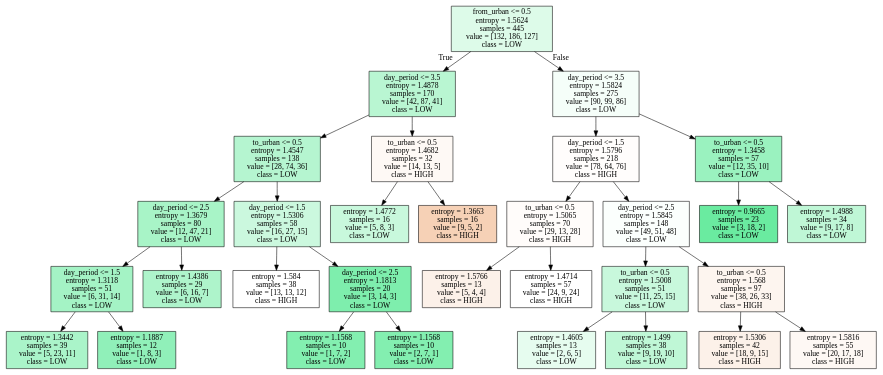
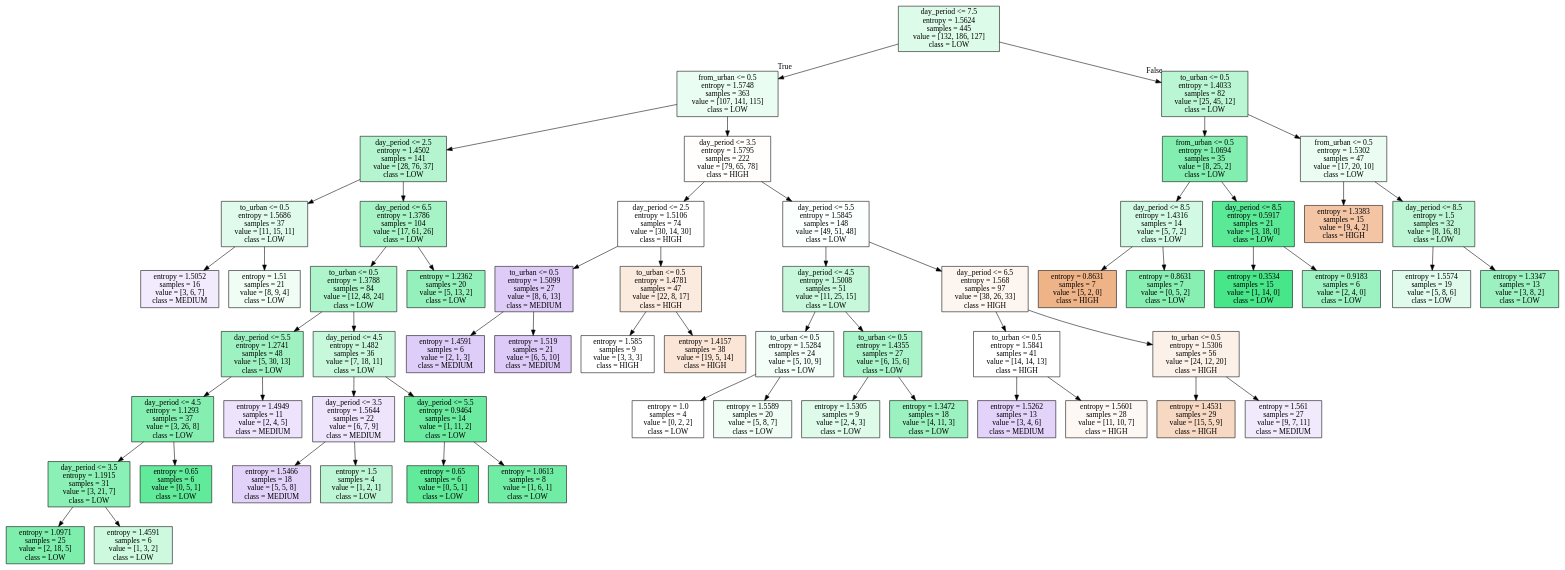
The diagram in THURSDAY_iris.dot (alexdaube/BelgianTrainsOccupancy), drawn with Graphviz before and after one commit. The commit also changed 17 other files, not shown here.

```diff
--- a/THURSDAY_iris.dot
+++ b/THURSDAY_iris.dot
@@ -1,64 +1,120 @@
 digraph Tree {
 node [shape=box, style="filled", color="black"] ;
-0 [label="from_urban <= 0.5\nentropy = 1.5624\nsamples = 445\nvalue = [132, 186, 127]\nclass = LOW", fillcolor="#39e5812c"] ;
-1 [label="day_period <= 3.5\nentropy = 1.4878\nsamples = 170\nvalue = [42, 87, 41]\nclass = LOW", fillcolor="#39e5815a"] ;
+0 [label="day_period <= 7.5\nentropy = 1.5624\nsamples = 445\nvalue = [132, 186, 127]\nclass = LOW", fillcolor="#39e5812c"] ;
+1 [label="from_urban <= 0.5\nentropy = 1.5748\nsamples = 363\nvalue = [107, 141, 115]\nclass = LOW", fillcolor="#39e5811b"] ;
 0 -> 1 [labeldistance=2.5, labelangle=45, headlabel="True"] ;
-2 [label="to_urban <= 0.5\nentropy = 1.4547\nsamples = 138\nvalue = [28, 74, 36]\nclass = LOW", fillcolor="#39e5815f"] ;
+2 [label="day_period <= 2.5\nentropy = 1.4502\nsamples = 141\nvalue = [28, 76, 37]\nclass = LOW", fillcolor="#39e58160"] ;
 1 -> 2 ;
-3 [label="day_period <= 2.5\nentropy = 1.3679\nsamples = 80\nvalue = [12, 47, 21]\nclass = LOW", fillcolor="#39e58170"] ;
+3 [label="to_urban <= 0.5\nentropy = 1.5686\nsamples = 37\nvalue = [11, 15, 11]\nclass = LOW", fillcolor="#39e58127"] ;
 2 -> 3 ;
-4 [label="day_period <= 1.5\nentropy = 1.3118\nsamples = 51\nvalue = [6, 31, 14]\nclass = LOW", fillcolor="#39e58175"] ;
+4 [label="entropy = 1.5052\nsamples = 16\nvalue = [3, 6, 7]\nclass = MEDIUM", fillcolor="#8139e51a"] ;
 3 -> 4 ;
-5 [label="entropy = 1.3442\nsamples = 39\nvalue = [5, 23, 11]\nclass = LOW", fillcolor="#39e5816d"] ;
-4 -> 5 ;
-6 [label="entropy = 1.1887\nsamples = 12\nvalue = [1, 8, 3]\nclass = LOW", fillcolor="#39e5818e"] ;
-4 -> 6 ;
-7 [label="entropy = 1.4386\nsamples = 29\nvalue = [6, 16, 7]\nclass = LOW", fillcolor="#39e58168"] ;
-3 -> 7 ;
-8 [label="day_period <= 1.5\nentropy = 1.5306\nsamples = 58\nvalue = [16, 27, 15]\nclass = LOW", fillcolor="#39e58143"] ;
-2 -> 8 ;
-9 [label="entropy = 1.584\nsamples = 38\nvalue = [13, 13, 12]\nclass = HIGH", fillcolor="#e5813900"] ;
+5 [label="entropy = 1.51\nsamples = 21\nvalue = [8, 9, 4]\nclass = LOW", fillcolor="#39e58114"] ;
+3 -> 5 ;
+6 [label="day_period <= 6.5\nentropy = 1.3786\nsamples = 104\nvalue = [17, 61, 26]\nclass = LOW", fillcolor="#39e58172"] ;
+2 -> 6 ;
+7 [label="to_urban <= 0.5\nentropy = 1.3788\nsamples = 84\nvalue = [12, 48, 24]\nclass = LOW", fillcolor="#39e58166"] ;
+6 -> 7 ;
+8 [label="day_period <= 5.5\nentropy = 1.2741\nsamples = 48\nvalue = [5, 30, 13]\nclass = LOW", fillcolor="#39e5817c"] ;
+7 -> 8 ;
+9 [label="day_period <= 4.5\nentropy = 1.1293\nsamples = 37\nvalue = [3, 26, 8]\nclass = LOW", fillcolor="#39e5819e"] ;
 8 -> 9 ;
-10 [label="day_period <= 2.5\nentropy = 1.1813\nsamples = 20\nvalue = [3, 14, 3]\nclass = LOW", fillcolor="#39e581a5"] ;
-8 -> 10 ;
-11 [label="entropy = 1.1568\nsamples = 10\nvalue = [1, 7, 2]\nclass = LOW", fillcolor="#39e5819f"] ;
+10 [label="day_period <= 3.5\nentropy = 1.1915\nsamples = 31\nvalue = [3, 21, 7]\nclass = LOW", fillcolor="#39e58195"] ;
+9 -> 10 ;
+11 [label="entropy = 1.0971\nsamples = 25\nvalue = [2, 18, 5]\nclass = LOW", fillcolor="#39e581a6"] ;
 10 -> 11 ;
-12 [label="entropy = 1.1568\nsamples = 10\nvalue = [2, 7, 1]\nclass = LOW", fillcolor="#39e5819f"] ;
+12 [label="entropy = 1.4591\nsamples = 6\nvalue = [1, 3, 2]\nclass = LOW", fillcolor="#39e58140"] ;
 10 -> 12 ;
-13 [label="to_urban <= 0.5\nentropy = 1.4682\nsamples = 32\nvalue = [14, 13, 5]\nclass = HIGH", fillcolor="#e581390d"] ;
-1 -> 13 ;
-14 [label="entropy = 1.4772\nsamples = 16\nvalue = [5, 8, 3]\nclass = LOW", fillcolor="#39e58146"] ;
-13 -> 14 ;
-15 [label="entropy = 1.3663\nsamples = 16\nvalue = [9, 5, 2]\nclass = HIGH", fillcolor="#e581395d"] ;
-13 -> 15 ;
-16 [label="day_period <= 3.5\nentropy = 1.5824\nsamples = 275\nvalue = [90, 99, 86]\nclass = LOW", fillcolor="#39e5810c"] ;
-0 -> 16 [labeldistance=2.5, labelangle=-45, headlabel="False"] ;
-17 [label="day_period <= 1.5\nentropy = 1.5796\nsamples = 218\nvalue = [78, 64, 76]\nclass = HIGH", fillcolor="#e5813904"] ;
+13 [label="entropy = 0.65\nsamples = 6\nvalue = [0, 5, 1]\nclass = LOW", fillcolor="#39e581cc"] ;
+9 -> 13 ;
+14 [label="entropy = 1.4949\nsamples = 11\nvalue = [2, 4, 5]\nclass = MEDIUM", fillcolor="#8139e524"] ;
+8 -> 14 ;
+15 [label="day_period <= 4.5\nentropy = 1.482\nsamples = 36\nvalue = [7, 18, 11]\nclass = LOW", fillcolor="#39e58147"] ;
+7 -> 15 ;
+16 [label="day_period <= 3.5\nentropy = 1.5644\nsamples = 22\nvalue = [6, 7, 9]\nclass = MEDIUM", fillcolor="#8139e522"] ;
+15 -> 16 ;
+17 [label="entropy = 1.5466\nsamples = 18\nvalue = [5, 5, 8]\nclass = MEDIUM", fillcolor="#8139e53b"] ;
 16 -> 17 ;
-18 [label="to_urban <= 0.5\nentropy = 1.5065\nsamples = 70\nvalue = [29, 13, 28]\nclass = HIGH", fillcolor="#e5813906"] ;
-17 -> 18 ;
-19 [label="entropy = 1.5766\nsamples = 13\nvalue = [5, 4, 4]\nclass = HIGH", fillcolor="#e581391c"] ;
-18 -> 19 ;
-20 [label="entropy = 1.4714\nsamples = 57\nvalue = [24, 9, 24]\nclass = HIGH", fillcolor="#e5813900"] ;
-18 -> 20 ;
-21 [label="day_period <= 2.5\nentropy = 1.5845\nsamples = 148\nvalue = [49, 51, 48]\nclass = LOW", fillcolor="#39e58105"] ;
-17 -> 21 ;
-22 [label="to_urban <= 0.5\nentropy = 1.5008\nsamples = 51\nvalue = [11, 25, 15]\nclass = LOW", fillcolor="#39e58147"] ;
-21 -> 22 ;
-23 [label="entropy = 1.4605\nsamples = 13\nvalue = [2, 6, 5]\nclass = LOW", fillcolor="#39e58120"] ;
-22 -> 23 ;
-24 [label="entropy = 1.499\nsamples = 38\nvalue = [9, 19, 10]\nclass = LOW", fillcolor="#39e58152"] ;
-22 -> 24 ;
-25 [label="to_urban <= 0.5\nentropy = 1.568\nsamples = 97\nvalue = [38, 26, 33]\nclass = HIGH", fillcolor="#e5813914"] ;
-21 -> 25 ;
-26 [label="entropy = 1.5306\nsamples = 42\nvalue = [18, 9, 15]\nclass = HIGH", fillcolor="#e581391c"] ;
+18 [label="entropy = 1.5\nsamples = 4\nvalue = [1, 2, 1]\nclass = LOW", fillcolor="#39e58155"] ;
+16 -> 18 ;
+19 [label="day_period <= 5.5\nentropy = 0.9464\nsamples = 14\nvalue = [1, 11, 2]\nclass = LOW", fillcolor="#39e581bf"] ;
+15 -> 19 ;
+20 [label="entropy = 0.65\nsamples = 6\nvalue = [0, 5, 1]\nclass = LOW", fillcolor="#39e581cc"] ;
+19 -> 20 ;
+21 [label="entropy = 1.0613\nsamples = 8\nvalue = [1, 6, 1]\nclass = LOW", fillcolor="#39e581b6"] ;
+19 -> 21 ;
+22 [label="entropy = 1.2362\nsamples = 20\nvalue = [5, 13, 2]\nclass = LOW", fillcolor="#39e58188"] ;
+6 -> 22 ;
+23 [label="day_period <= 3.5\nentropy = 1.5795\nsamples = 222\nvalue = [79, 65, 78]\nclass = HIGH", fillcolor="#e5813902"] ;
+1 -> 23 ;
+24 [label="day_period <= 2.5\nentropy = 1.5106\nsamples = 74\nvalue = [30, 14, 30]\nclass = HIGH", fillcolor="#e5813900"] ;
+23 -> 24 ;
+25 [label="to_urban <= 0.5\nentropy = 1.5099\nsamples = 27\nvalue = [8, 6, 13]\nclass = MEDIUM", fillcolor="#8139e543"] ;
+24 -> 25 ;
+26 [label="entropy = 1.4591\nsamples = 6\nvalue = [2, 1, 3]\nclass = MEDIUM", fillcolor="#8139e540"] ;
 25 -> 26 ;
-27 [label="entropy = 1.5816\nsamples = 55\nvalue = [20, 17, 18]\nclass = HIGH", fillcolor="#e581390e"] ;
+27 [label="entropy = 1.519\nsamples = 21\nvalue = [6, 5, 10]\nclass = MEDIUM", fillcolor="#8139e544"] ;
 25 -> 27 ;
-28 [label="to_urban <= 0.5\nentropy = 1.3458\nsamples = 57\nvalue = [12, 35, 10]\nclass = LOW", fillcolor="#39e58182"] ;
-16 -> 28 ;
-29 [label="entropy = 0.9665\nsamples = 23\nvalue = [3, 18, 2]\nclass = LOW", fillcolor="#39e581bf"] ;
+28 [label="to_urban <= 0.5\nentropy = 1.4781\nsamples = 47\nvalue = [22, 8, 17]\nclass = HIGH", fillcolor="#e581392a"] ;
+24 -> 28 ;
+29 [label="entropy = 1.585\nsamples = 9\nvalue = [3, 3, 3]\nclass = HIGH", fillcolor="#e5813900"] ;
 28 -> 29 ;
-30 [label="entropy = 1.4988\nsamples = 34\nvalue = [9, 17, 8]\nclass = LOW", fillcolor="#39e58152"] ;
+30 [label="entropy = 1.4157\nsamples = 38\nvalue = [19, 5, 14]\nclass = HIGH", fillcolor="#e5813935"] ;
 28 -> 30 ;
+31 [label="day_period <= 5.5\nentropy = 1.5845\nsamples = 148\nvalue = [49, 51, 48]\nclass = LOW", fillcolor="#39e58105"] ;
+23 -> 31 ;
+32 [label="day_period <= 4.5\nentropy = 1.5008\nsamples = 51\nvalue = [11, 25, 15]\nclass = LOW", fillcolor="#39e58147"] ;
+31 -> 32 ;
+33 [label="to_urban <= 0.5\nentropy = 1.5284\nsamples = 24\nvalue = [5, 10, 9]\nclass = LOW", fillcolor="#39e58111"] ;
+32 -> 33 ;
+34 [label="entropy = 1.0\nsamples = 4\nvalue = [0, 2, 2]\nclass = LOW", fillcolor="#39e58100"] ;
+33 -> 34 ;
+35 [label="entropy = 1.5589\nsamples = 20\nvalue = [5, 8, 7]\nclass = LOW", fillcolor="#39e58114"] ;
+33 -> 35 ;
+36 [label="to_urban <= 0.5\nentropy = 1.4355\nsamples = 27\nvalue = [6, 15, 6]\nclass = LOW", fillcolor="#39e5816d"] ;
+32 -> 36 ;
+37 [label="entropy = 1.5305\nsamples = 9\nvalue = [2, 4, 3]\nclass = LOW", fillcolor="#39e5812a"] ;
+36 -> 37 ;
+38 [label="entropy = 1.3472\nsamples = 18\nvalue = [4, 11, 3]\nclass = LOW", fillcolor="#39e58180"] ;
+36 -> 38 ;
+39 [label="day_period <= 6.5\nentropy = 1.568\nsamples = 97\nvalue = [38, 26, 33]\nclass = HIGH", fillcolor="#e5813914"] ;
+31 -> 39 ;
+40 [label="to_urban <= 0.5\nentropy = 1.5841\nsamples = 41\nvalue = [14, 14, 13]\nclass = HIGH", fillcolor="#e5813900"] ;
+39 -> 40 ;
+41 [label="entropy = 1.5262\nsamples = 13\nvalue = [3, 4, 6]\nclass = MEDIUM", fillcolor="#8139e539"] ;
+40 -> 41 ;
+42 [label="entropy = 1.5601\nsamples = 28\nvalue = [11, 10, 7]\nclass = HIGH", fillcolor="#e581390e"] ;
+40 -> 42 ;
+43 [label="to_urban <= 0.5\nentropy = 1.5306\nsamples = 56\nvalue = [24, 12, 20]\nclass = HIGH", fillcolor="#e581391c"] ;
+39 -> 43 ;
+44 [label="entropy = 1.4531\nsamples = 29\nvalue = [15, 5, 9]\nclass = HIGH", fillcolor="#e581394d"] ;
+43 -> 44 ;
+45 [label="entropy = 1.561\nsamples = 27\nvalue = [9, 7, 11]\nclass = MEDIUM", fillcolor="#8139e51c"] ;
+43 -> 45 ;
+46 [label="to_urban <= 0.5\nentropy = 1.4033\nsamples = 82\nvalue = [25, 45, 12]\nclass = LOW", fillcolor="#39e58159"] ;
+0 -> 46 [labeldistance=2.5, labelangle=-45, headlabel="False"] ;
+47 [label="from_urban <= 0.5\nentropy = 1.0694\nsamples = 35\nvalue = [8, 25, 2]\nclass = LOW", fillcolor="#39e581a1"] ;
+46 -> 47 ;
+48 [label="day_period <= 8.5\nentropy = 1.4316\nsamples = 14\nvalue = [5, 7, 2]\nclass = LOW", fillcolor="#39e58139"] ;
+47 -> 48 ;
+49 [label="entropy = 0.8631\nsamples = 7\nvalue = [5, 2, 0]\nclass = HIGH", fillcolor="#e5813999"] ;
+48 -> 49 ;
+50 [label="entropy = 0.8631\nsamples = 7\nvalue = [0, 5, 2]\nclass = LOW", fillcolor="#39e58199"] ;
+48 -> 50 ;
+51 [label="day_period <= 8.5\nentropy = 0.5917\nsamples = 21\nvalue = [3, 18, 0]\nclass = LOW", fillcolor="#39e581d4"] ;
+47 -> 51 ;
+52 [label="entropy = 0.3534\nsamples = 15\nvalue = [1, 14, 0]\nclass = LOW", fillcolor="#39e581ed"] ;
+51 -> 52 ;
+53 [label="entropy = 0.9183\nsamples = 6\nvalue = [2, 4, 0]\nclass = LOW", fillcolor="#39e5817f"] ;
+51 -> 53 ;
+54 [label="from_urban <= 0.5\nentropy = 1.5302\nsamples = 47\nvalue = [17, 20, 10]\nclass = LOW", fillcolor="#39e58119"] ;
+46 -> 54 ;
+55 [label="entropy = 1.3383\nsamples = 15\nvalue = [9, 4, 2]\nclass = HIGH", fillcolor="#e5813974"] ;
+54 -> 55 ;
+56 [label="day_period <= 8.5\nentropy = 1.5\nsamples = 32\nvalue = [8, 16, 8]\nclass = LOW", fillcolor="#39e58155"] ;
+54 -> 56 ;
+57 [label="entropy = 1.5574\nsamples = 19\nvalue = [5, 8, 6]\nclass = LOW", fillcolor="#39e58127"] ;
+56 -> 57 ;
+58 [label="entropy = 1.3347\nsamples = 13\nvalue = [3, 8, 2]\nclass = LOW", fillcolor="#39e58180"] ;
+56 -> 58 ;
 }
```
